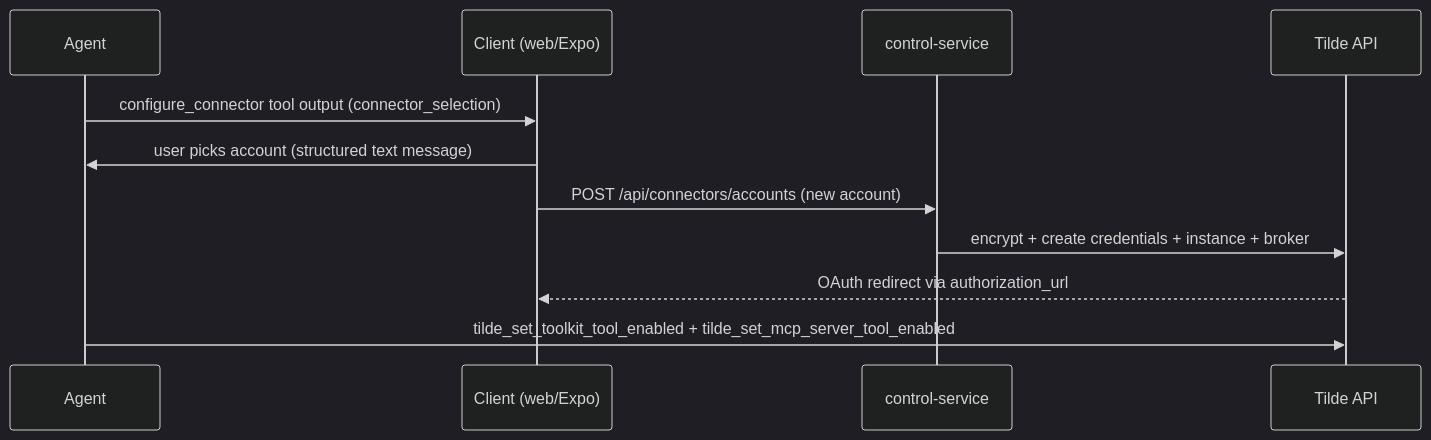
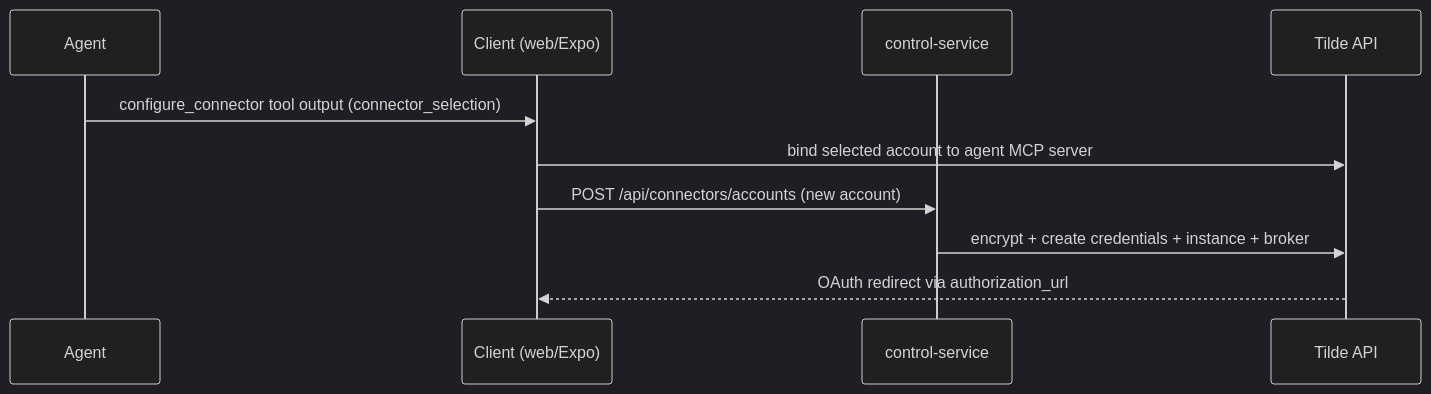
Before and after one commit to trytilde/dispatch: the diagram in docs/adrs/0027-in-chat-connector-configuration.md, drawn with Mermaid (dark theme). The commit also changed other lines of this file and 33 other files, not shown here.

````diff
--- a/docs/adrs/0027-in-chat-connector-configuration.md
+++ b/docs/adrs/0027-in-chat-connector-configuration.md
@@ -18,13 +18,12 @@
 ```mermaid
 sequenceDiagram
   participant A as Agent
   participant C as Client (web/Expo)
   participant CS as control-service
   participant T as Tilde API
   A->>C: configure_connector tool output (connector_selection)
-  C->>A: user picks account (structured text message)
+  C->>T: bind selected account to agent MCP server
   C->>CS: POST /api/connectors/accounts (new account)
   CS->>T: encrypt + create credentials + instance + broker
   T-->>C: OAuth redirect via authorization_url
-  A->>T: tilde_set_toolkit_tool_enabled + tilde_set_mcp_server_tool_enabled
 ```
````
